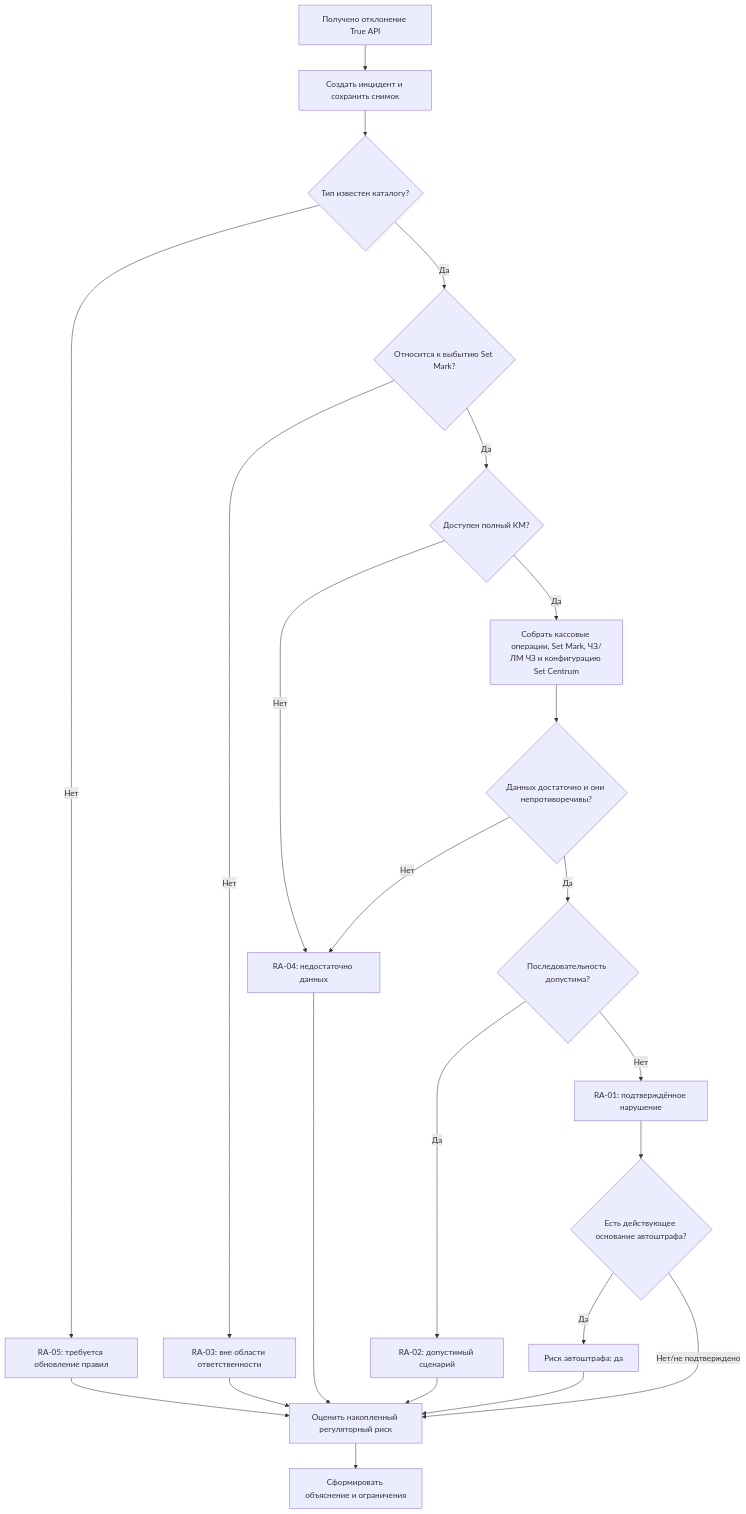
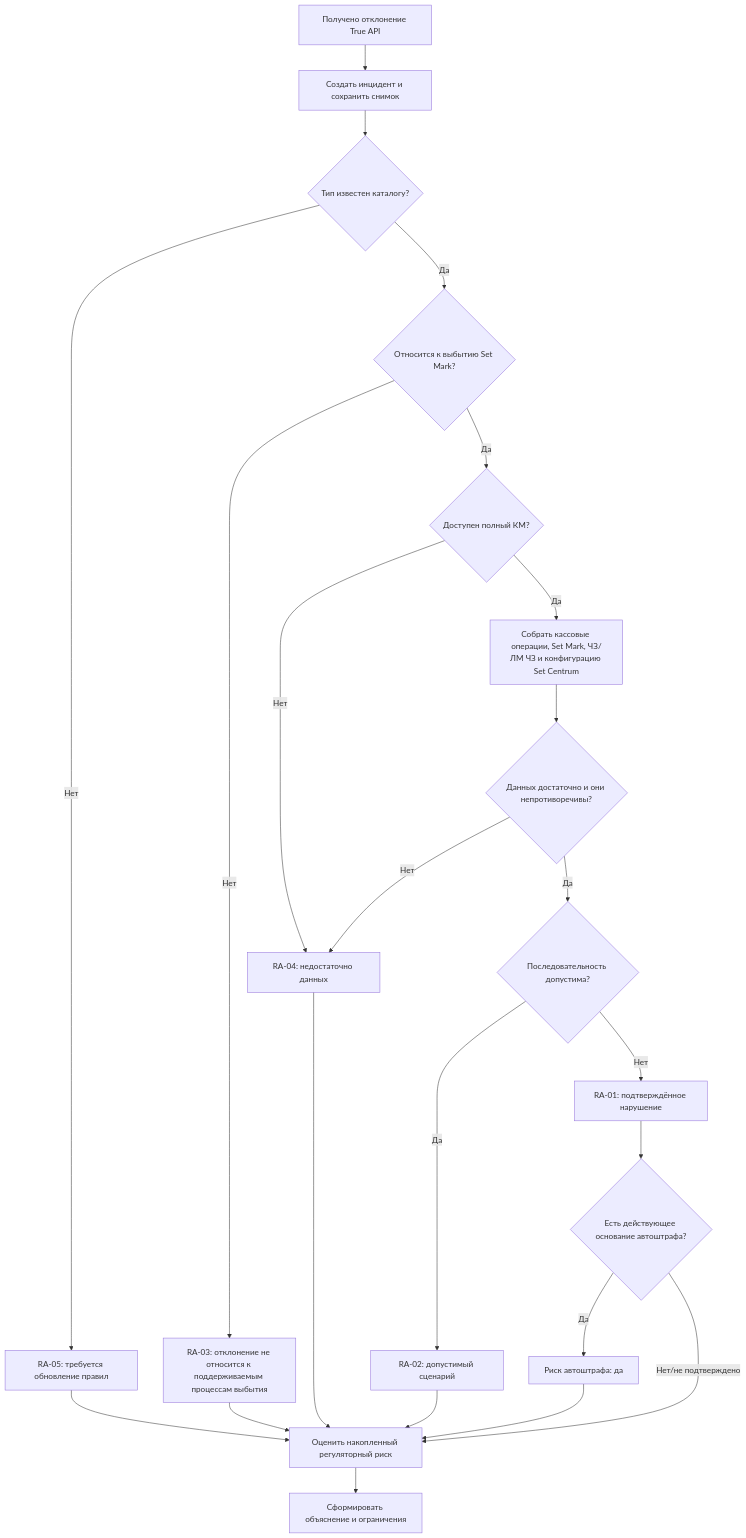
The diagram in docs/product-definition/decision-model-v0.1.md (onufriev/setmark-report-module), drawn with Mermaid before and after one commit. The commit also changed other lines of this file, not shown here.

````diff
--- a/docs/product-definition/decision-model-v0.1.md
+++ b/docs/product-definition/decision-model-v0.1.md
@@ -41,25 +41,25 @@
 ```mermaid
 flowchart TD
     A["Получено отклонение True API"] --> B["Создать инцидент и сохранить снимок"]
     B --> C{"Тип известен каталогу?"}
     C -- "Нет" --> U["RA-05: требуется обновление правил"]
     C -- "Да" --> D{"Относится к выбытию Set Mark?"}
-    D -- "Нет" --> O["RA-03: вне области ответственности"]
+    D -- "Нет" --> O["RA-03: отклонение не относится к поддерживаемым процессам выбытия"]
     D -- "Да" --> K{"Доступен полный КМ?"}
     K -- "Нет" --> N["RA-04: недостаточно данных"]
     K -- "Да" --> G["Собрать кассовые операции, Set Mark, ЧЗ/ЛМ ЧЗ и конфигурацию Set Centrum"]
     G --> H{"Данных достаточно и они непротиворечивы?"}
     H -- "Нет" --> N
     H -- "Да" --> S{"Последовательность допустима?"}
     S -- "Да" --> P["RA-02: допустимый сценарий"]
     S -- "Нет" --> V["RA-01: подтверждённое нарушение"]
     V --> F{"Есть действующее основание автоштрафа?"}
     F -- "Да" --> CF["Риск автоштрафа: да"]
     F -- "Нет/не подтверждено" --> CR["Оценить накопленный регуляторный риск"]
     P --> CR
     O --> CR
     N --> CR
     U --> CR
     CF --> CR
     CR --> X["Сформировать объяснение и ограничения"]
 ```
````
